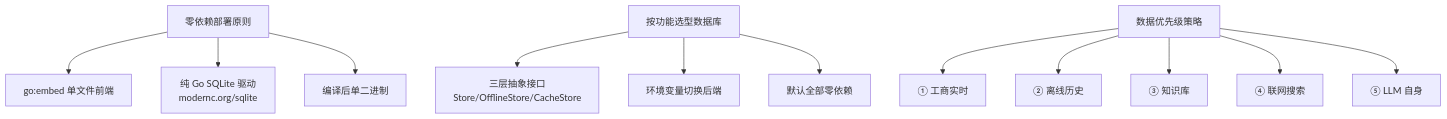
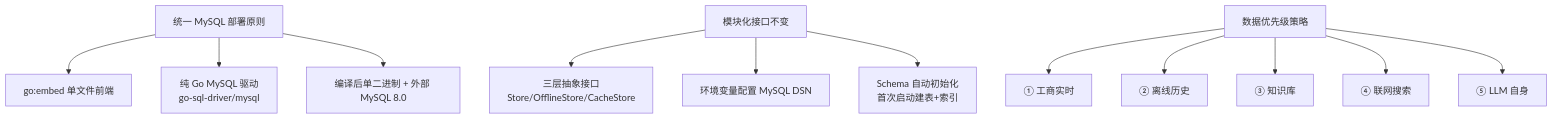
Diagram 12 of 14 in README.md (deep2code/geo), drawn with Mermaid before and after one commit. The commit also changed other lines of this file and 26 other files, not shown here.

First line of the commit message:
refactor!: 移除 SQLite/JSONL/DuckDB，所有数据层统一使用 MySQL 8.0

````diff
--- a/README.md
+++ b/README.md
@@ -495,16 +490,16 @@
 ```mermaid
 flowchart TD
-    A["零依赖部署原则"] --> A1["go:embed 单文件前端"]
-    A --> A2["纯 Go SQLite 驱动<br/>modernc.org/sqlite"]
-    A --> A3["编译后单二进制"]
+    A["统一 MySQL 部署原则"] --> A1["go:embed 单文件前端"]
+    A --> A2["纯 Go MySQL 驱动<br/>go-sql-driver/mysql"]
+    A --> A3["编译后单二进制 + 外部 MySQL 8.0"]
 
-    B["按功能选型数据库"] --> B1["三层抽象接口<br/>Store/OfflineStore/CacheStore"]
-    B --> B2["环境变量切换后端"]
-    B --> B3["默认全部零依赖"]
+    B["模块化接口不变"] --> B1["三层抽象接口<br/>Store/OfflineStore/CacheStore"]
+    B --> B2["环境变量配置 MySQL DSN"]
+    B --> B3["Schema 自动初始化<br/>首次启动建表+索引"]
 
     C["数据优先级策略"] --> C1["① 工商实时"]
     C --> C2["② 离线历史"]
     C --> C3["③ 知识库"]
     C --> C4["④ 联网搜索"]
     C --> C5["⑤ LLM 自身"]
 ```
````
